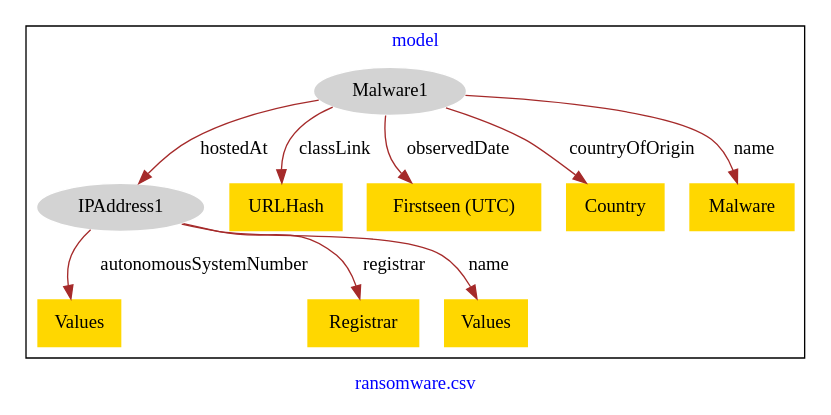
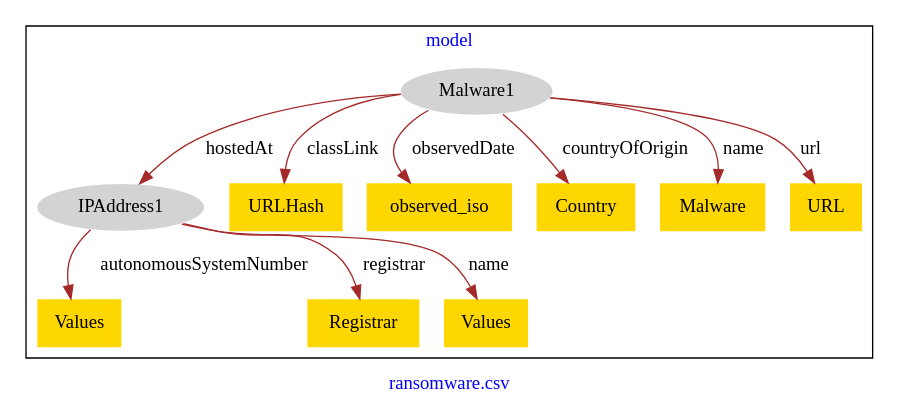
One commit to usc-isi-i2/effect-alignment changed the diagram in models/ransonware/ransomware-model.dot. Above: the diagram before and after it, drawn with Graphviz.

Commit message:
Update file ransomware-model.dot

```diff
--- a/models/ransonware/ransomware-model.dot
+++ b/models/ransonware/ransomware-model.dot
@@ -1,25 +1,27 @@
 digraph n0 {
 fontcolor="blue"
 remincross="true"
 label="ransomware.csv"
 subgraph cluster {
 label="model"
 n2[style="filled",color="white",fillcolor="lightgray",label="IPAddress1"];
 n3[shape="plaintext",style="filled",fillcolor="gold",label="Values"];
 n4[shape="plaintext",style="filled",fillcolor="gold",label="Registrar"];
 n5[shape="plaintext",style="filled",fillcolor="gold",label="Values"];
 n6[style="filled",color="white",fillcolor="lightgray",label="Malware1"];
 n7[shape="plaintext",style="filled",fillcolor="gold",label="URLHash"];
-n8[shape="plaintext",style="filled",fillcolor="gold",label="Firstseen (UTC)"];
+n8[shape="plaintext",style="filled",fillcolor="gold",label="observed_iso"];
 n9[shape="plaintext",style="filled",fillcolor="gold",label="Country"];
 n10[shape="plaintext",style="filled",fillcolor="gold",label="Malware"];
+n11[shape="plaintext",style="filled",fillcolor="gold",label="URL"];
 }
 n2 -> n3[color="brown",fontcolor="black",label="autonomousSystemNumber"]
 n2 -> n4[color="brown",fontcolor="black",label="registrar"]
 n2 -> n5[color="brown",fontcolor="black",label="name"]
 n6 -> n7[color="brown",fontcolor="black",label="classLink"]
 n6 -> n2[color="brown",fontcolor="black",label="hostedAt"]
 n6 -> n8[color="brown",fontcolor="black",label="observedDate"]
 n6 -> n9[color="brown",fontcolor="black",label="countryOfOrigin"]
 n6 -> n10[color="brown",fontcolor="black",label="name"]
+n6 -> n11[color="brown",fontcolor="black",label="url"]
 }
```
